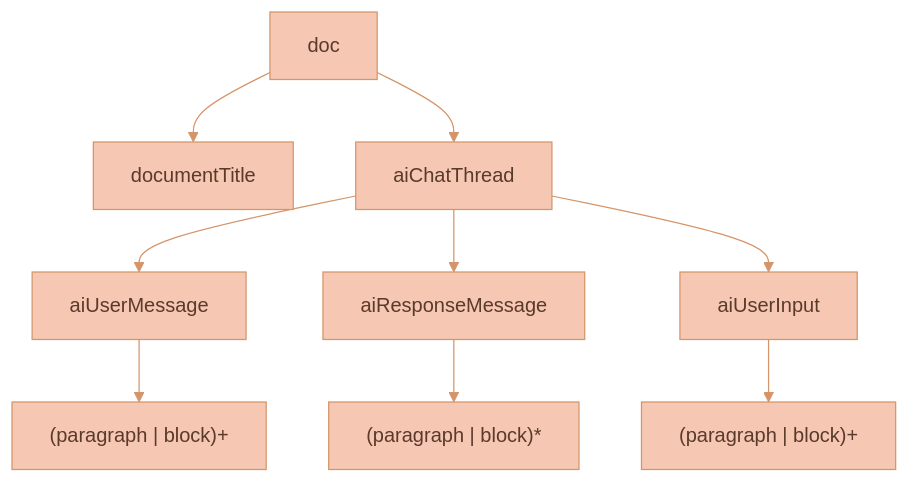
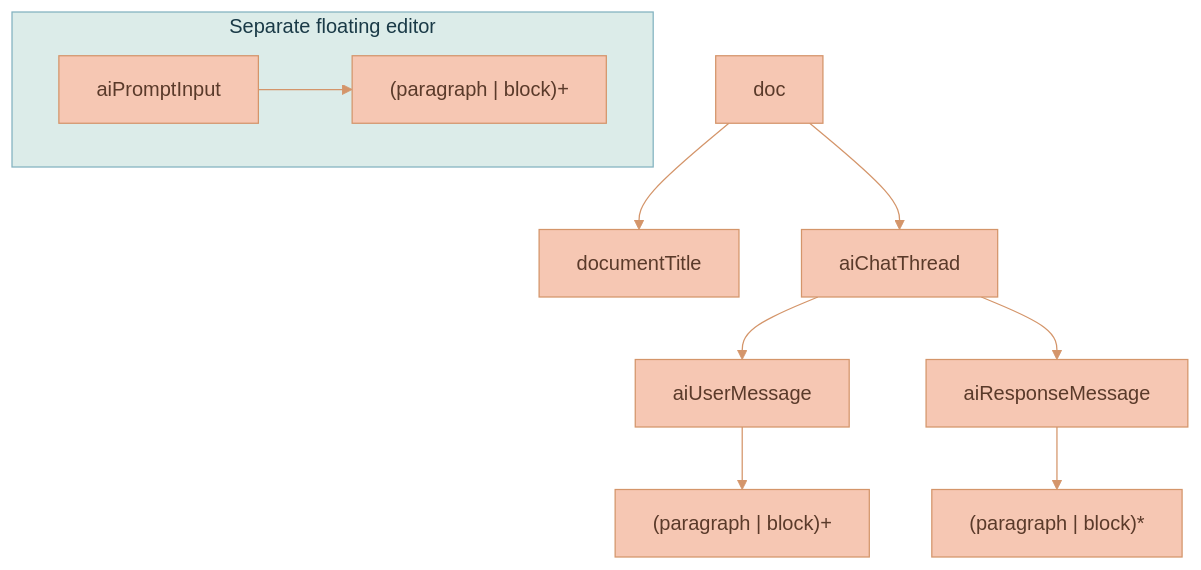
Before and after one commit to Lixpi/lixpi: the second of 8 diagrams in services/web-ui/src/components/proseMirror/README.md, drawn with Mermaid. The commit also changed other lines of this file and 21 other files, not shown here.

Commit message:
LIX-43 # split ai chat thread and ai user input into separate nodes rendered in separate prosemirror intances

````diff
--- a/services/web-ui/src/components/proseMirror/README.md
+++ b/services/web-ui/src/components/proseMirror/README.md
@@ -58,12 +61,14 @@
 ```mermaid
 %%{init: {'theme': 'base', 'themeVariables': { 'primaryColor': '#F6C7B3', 'primaryTextColor': '#5a3a2a', 'primaryBorderColor': '#d4956a', 'secondaryColor': '#C3DEDD', 'secondaryTextColor': '#1a3a47', 'secondaryBorderColor': '#4a8a9d', 'tertiaryColor': '#DCECE9', 'tertiaryTextColor': '#1a3a47', 'tertiaryBorderColor': '#82B2C0', 'lineColor': '#d4956a', 'textColor': '#5a3a2a'}}}%%
 flowchart TD
   A[doc] --> B[documentTitle]
   A --> T[aiChatThread]
   T --> UM[aiUserMessage]
   T --> R[aiResponseMessage]
-  T --> UI[aiUserInput]
   UM --> UMC["(paragraph | block)+"]
   R --> RP["(paragraph | block)*"]
-  UI --> UIC["(paragraph | block)+"]
+
+  subgraph "Separate floating editor"
+    FI[aiPromptInput] --> FIC["(paragraph | block)+"]
+  end
 ```
````
